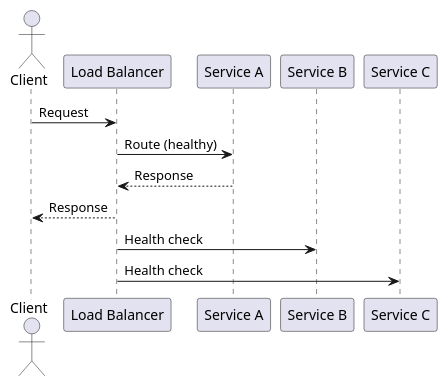
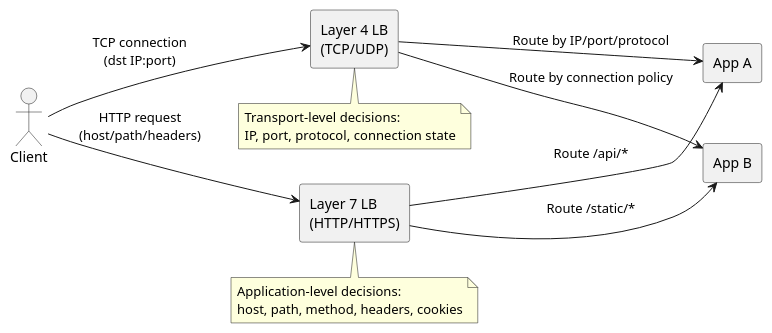
One commit to madajaju/CS8395 changed the diagram in doc/Week06/load-balancing-strategies/README.marp.adoc. Above: the diagram before and after it, drawn with PlantUML. The commit also changed other lines of this file and 29 other files, not shown here.

```diff
--- a/doc/Week06/load-balancing-strategies/README.marp.adoc
+++ b/doc/Week06/load-balancing-strategies/README.marp.adoc
@@ -35,18 +43,32 @@
 [plantuml, format=svg, width=100%]
 ----
 @startuml
+skinparam shadowing false
+left to right direction
+
+rectangle "Layer 4 LB\n(TCP/UDP)" as L4
+rectangle "Layer 7 LB\n(HTTP/HTTPS)" as L7
+rectangle "App A" as A
+rectangle "App B" as B
+
 actor Client
-participant "Load Balancer" as LB
-participant "Service A" as A
-participant "Service B" as B
-participant "Service C" as C
 
-Client -> LB: Request
-LB -> A: Route (healthy)
-A --> LB: Response
-LB --> Client: Response
+Client --> L4: TCP connection\n(dst IP:port)
+L4 --> A: Route by IP/port/protocol
+L4 --> B: Route by connection policy
 
-LB -> B: Health check
-LB -> C: Health check
+Client --> L7: HTTP request\n(host/path/headers)
+L7 --> A: Route /api/*
+L7 --> B: Route /static/*
+
+note bottom of L4
+Transport-level decisions:
+IP, port, protocol, connection state
+end note
+
+note bottom of L7
+Application-level decisions:
+host, path, method, headers, cookies
+end note
 @enduml
 ----
```
